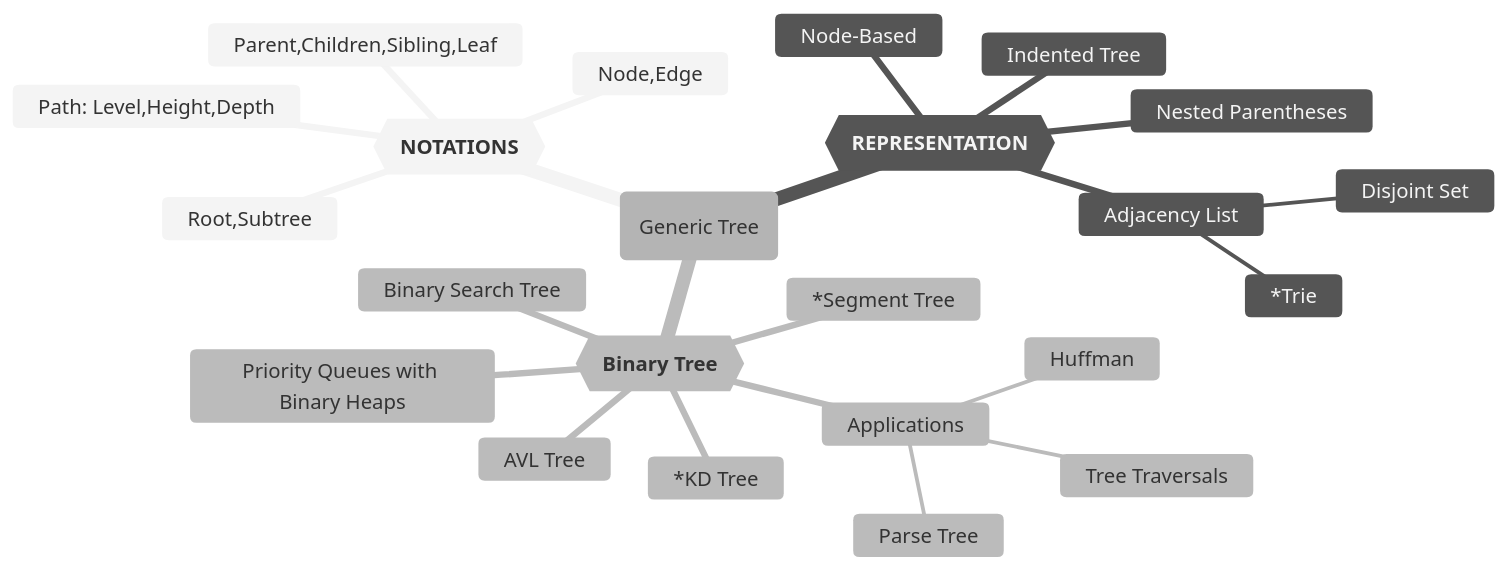
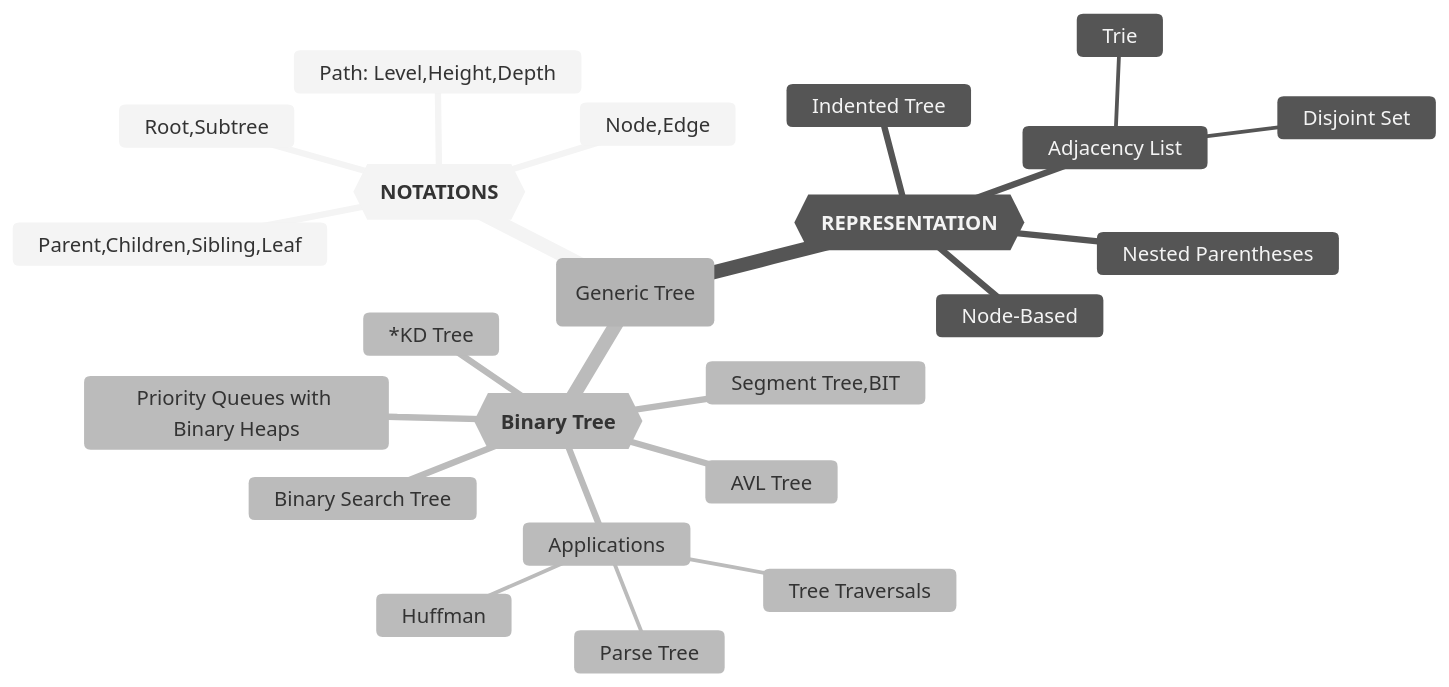
One commit to GMyhf/2025spring-cs201 changed the first of 3 diagrams in 20250325_week6-8_tree.md. Above: the diagram before and after it, drawn with Mermaid (neutral theme). The commit also changed other lines of this file, not shown here.

````diff
--- a/20250325_week6-8_tree.md
+++ b/20250325_week6-8_tree.md
@@ -309,28 +362,28 @@
 ```mermaid
 mindmap
   root(Generic Tree)
     Notations{{**NOTATIONS**}}
     	Node,Edge
     	Root,Subtree
     	Parent,Children,Sibling,Leaf
     	Path: Level,Height,Depth
       
     Representation{{**REPRESENTATION**}}
       Nested Parentheses
       Node-Based
       Indented Tree
       Adjacency List
       	Disjoint Set
-      	*Trie
+      	Trie
       
     Binary Tree{{**Binary Tree**}}
       Applications
       	Parse Tree
       	Tree Traversals
       	Huffman
       Priority Queues with Binary Heaps
       Binary Search Tree
       AVL Tree
-      *Segment Tree
+      Segment Tree,BIT
       *KD Tree
 ```
````
